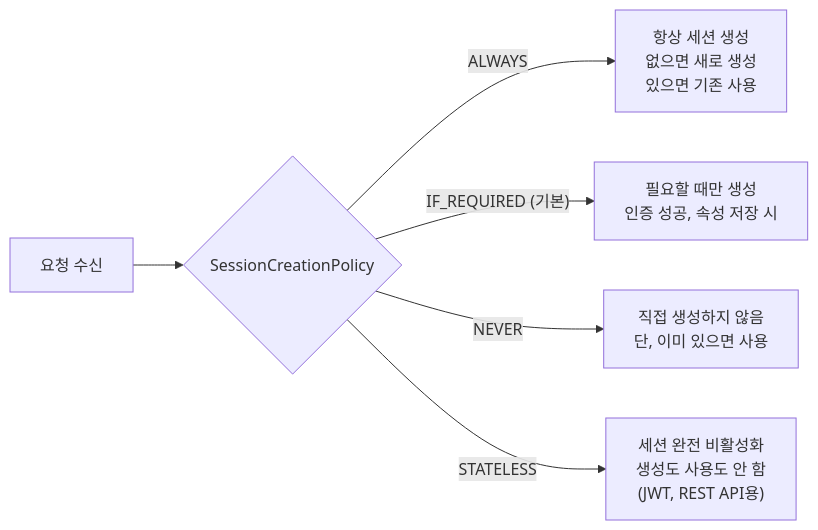
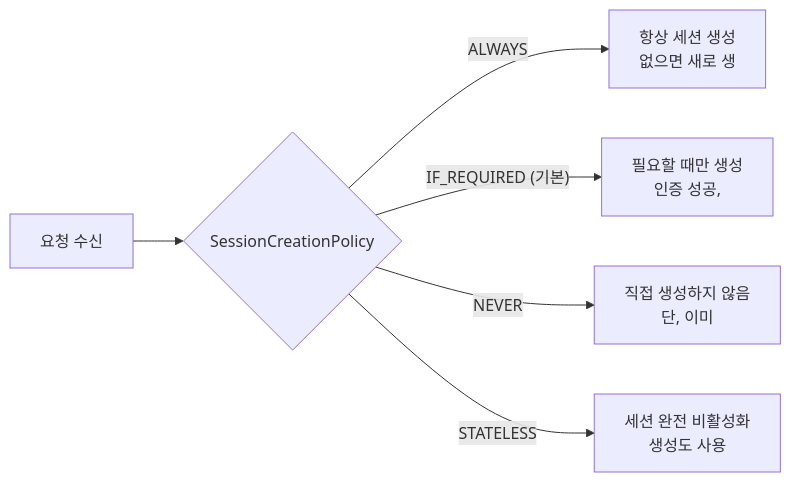
One commit to yjkim2015/yjkim2015.github.io changed the third of 3 diagrams in _posts/security/2021-02-02-세션 고정 보호.md. Above: the diagram before and after it, drawn with Mermaid. The commit also changed 271 other files, not shown here.

First line of the commit message:
Mermaid 라벨 축소: 긴 노드 텍스트 18자 이하로 트림 + \n 제거

````diff
--- a/_posts/security/2021-02-02-세션 고정 보호.md
+++ b/_posts/security/2021-02-02-세션 고정 보호.md
@@ -108,8 +108,8 @@
 ```mermaid
 flowchart LR
     A["요청 수신"] --> B{"SessionCreationPolicy"}
-    B -- "ALWAYS" --> C["항상 세션 생성\n없으면 새로 생성\n있으면 기존 사용"]
-    B -- "IF_REQUIRED (기본)" --> D["필요할 때만 생성\n인증 성공, 속성 저장 시"]
-    B -- "NEVER" --> E["직접 생성하지 않음\n단, 이미 있으면 사용"]
-    B -- "STATELESS" --> F["세션 완전 비활성화\n생성도 사용도 안 함\n(JWT, REST API용)"]
+    B -- "ALWAYS" --> C["항상 세션 생성\n없으면 새로 생"]
+    B -- "IF_REQUIRED (기본)" --> D["필요할 때만 생성\n인증 성공,"]
+    B -- "NEVER" --> E["직접 생성하지 않음\n단, 이미"]
+    B -- "STATELESS" --> F["세션 완전 비활성화\n생성도 사용"]
 ```
````
